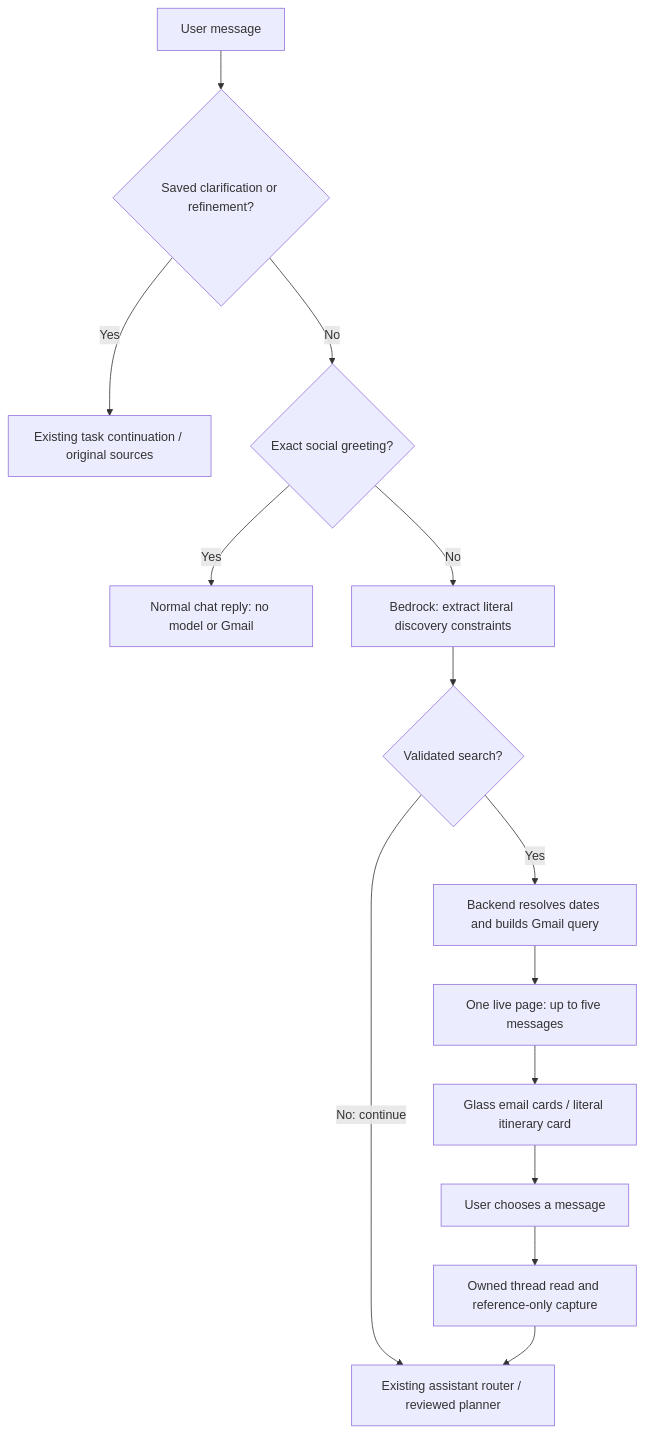
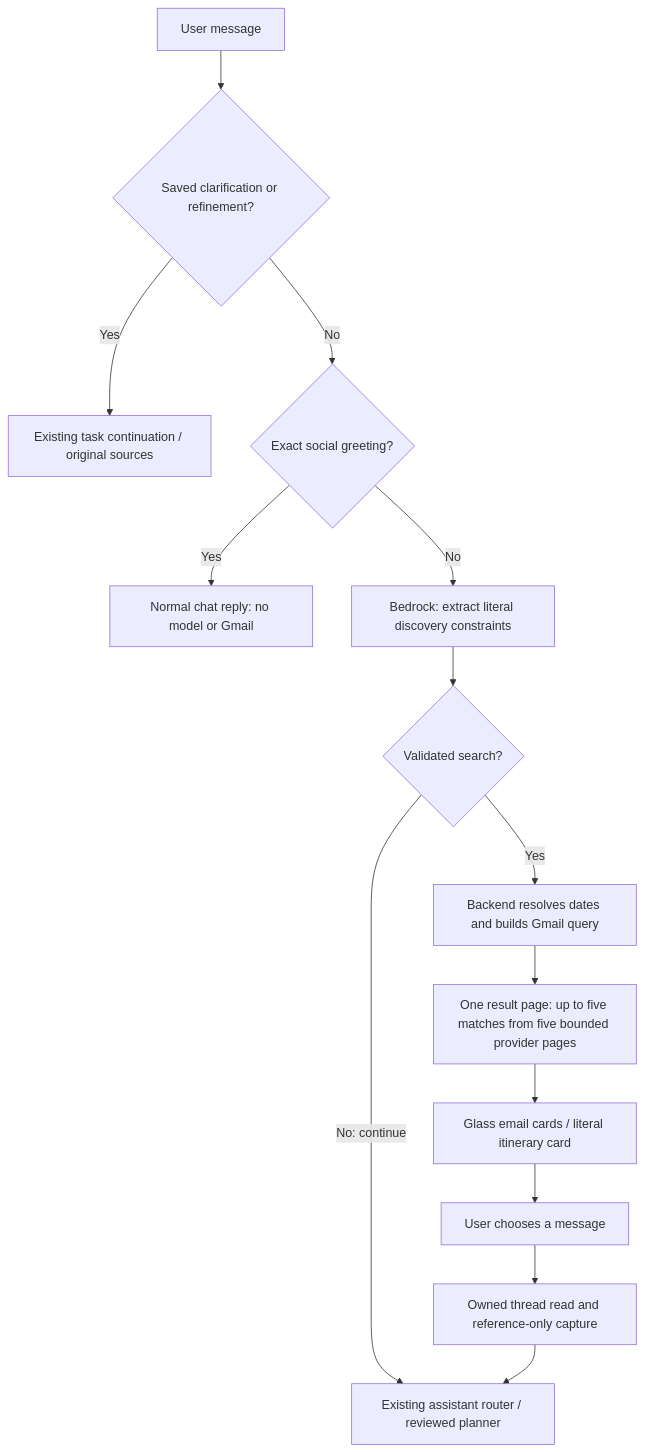
Before and after one commit to bhowmikdham/Threadly: the diagram in docs/inbox-chat.md, drawn with Mermaid. The commit also changed other lines of this file and 18 other files, not shown here.

````diff
--- a/docs/inbox-chat.md
+++ b/docs/inbox-chat.md
@@ -47,16 +55,16 @@
 ```mermaid
 flowchart TD
   A[User message] --> B{Saved clarification or refinement?}
   B -->|Yes| C[Existing task continuation / original sources]
   B -->|No| D{Exact social greeting?}
   D -->|Yes| E[Normal chat reply: no model or Gmail]
   D -->|No| F[Bedrock: extract literal discovery constraints]
   F --> G{Validated search?}
   G -->|No: continue| H[Existing assistant router / reviewed planner]
   G -->|Yes| I[Backend resolves dates and builds Gmail query]
-  I --> J[One live page: up to five messages]
+  I --> J[One result page: up to five matches from five bounded provider pages]
   J --> K[Glass email cards / literal itinerary card]
   K --> L[User chooses a message]
   L --> M[Owned thread read and reference-only capture]
   M --> H
 ```
````
